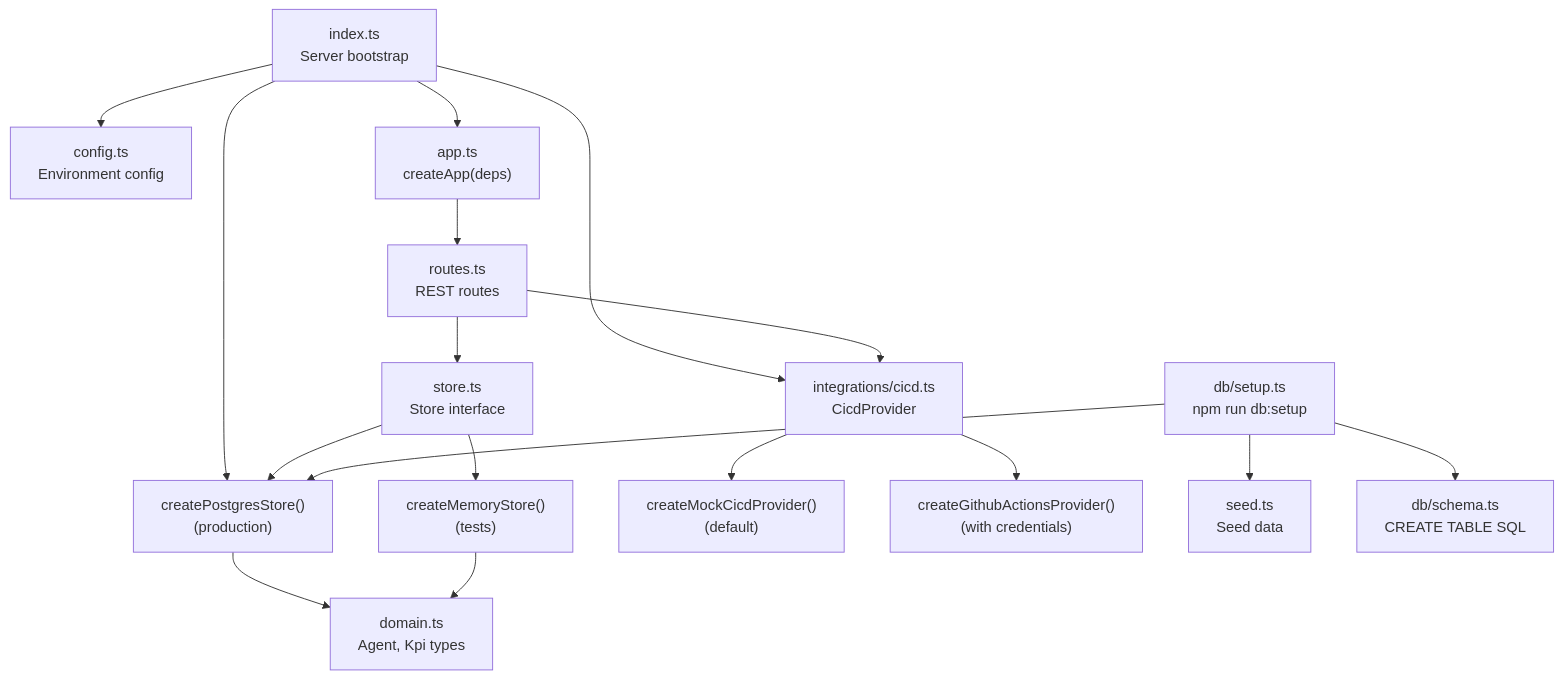
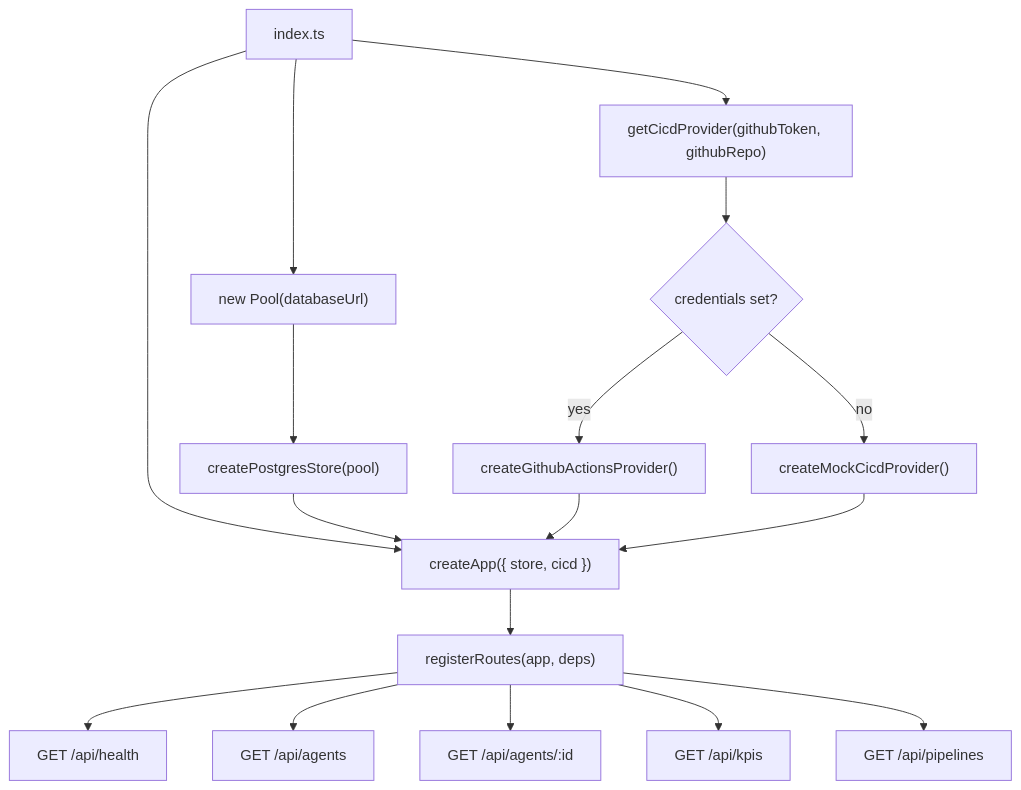
The diagram in docs-site/src/content/docs/backend/overview.md (Gunashekharp/sdlc-sample-worflow), drawn with Mermaid before and after one commit. The commit also changed other lines of this file and 52 other files, not shown here.

````diff
--- a/docs-site/src/content/docs/backend/overview.md
+++ b/docs-site/src/content/docs/backend/overview.md
@@ -12,34 +39,19 @@
 ```mermaid
 flowchart TD
-  index["index.ts\nServer bootstrap"]
-  config["config.ts\nEnvironment config"]
-  app["app.ts\ncreateApp(deps)"]
-  routes["routes.ts\nREST routes"]
-  store["store.ts\nStore interface"]
-  memory["createMemoryStore()\n(tests)"]
-  postgres["createPostgresStore()\n(production)"]
-  cicd["integrations/cicd.ts\nCicdProvider"]
-  mock["createMockCicdProvider()\n(default)"]
-  github["createGithubActionsProvider()\n(with credentials)"]
-  domain["domain.ts\nAgent, Kpi types"]
-  seed["seed.ts\nSeed data"]
-  schema["db/schema.ts\nCREATE TABLE SQL"]
-  setup["db/setup.ts\nnpm run db:setup"]
-
-  index --> config
-  index --> postgres
-  index --> cicd
-  index --> app
-  app --> routes
-  routes --> store
-  routes --> cicd
-  store --> memory
-  store --> postgres
-  cicd --> mock
-  cicd --> github
-  postgres --> domain
-  memory --> domain
-  setup --> schema
-  setup --> seed
-  setup --> postgres
+    A[index.ts] --> B["new Pool(databaseUrl)"]
+    B --> C["createPostgresStore(pool)"]
+    A --> D["getCicdProvider(githubToken, githubRepo)"]
+    D --> E{credentials set?}
+    E -->|yes| F["createGithubActionsProvider()"]
+    E -->|no| G["createMockCicdProvider()"]
+    A --> H["createApp({ store, cicd })"]
+    C --> H
+    F --> H
+    G --> H
+    H --> I["registerRoutes(app, deps)"]
+    I --> J["GET /api/health"]
+    I --> K["GET /api/agents"]
+    I --> L["GET /api/agents/:id"]
+    I --> M["GET /api/kpis"]
+    I --> N["GET /api/pipelines"]
 ```
````
